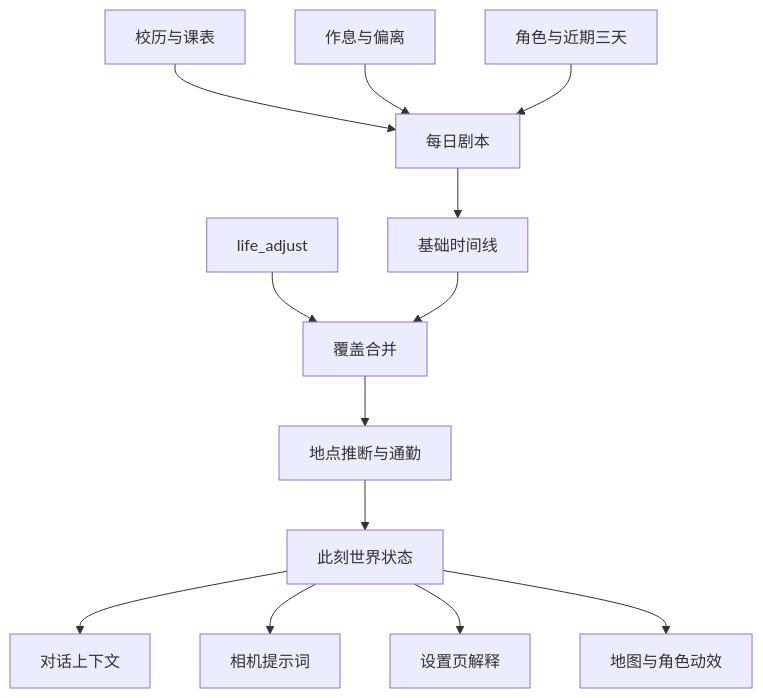
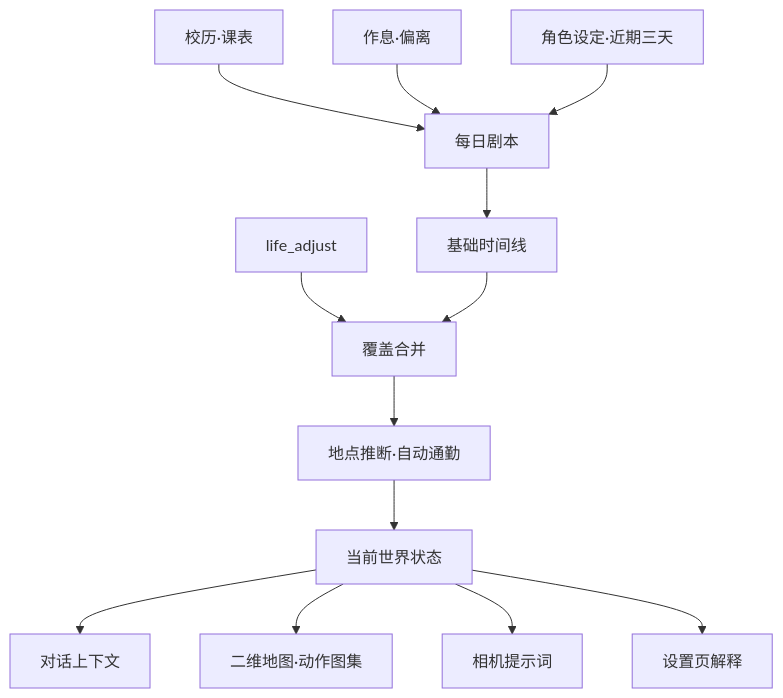
One commit to Vansnc/dsh-feiyu-life changed the diagram in docs/DESIGN.md. Above: the diagram before and after it, drawn with Mermaid. The commit also changed other lines of this file and 4 other files, not shown here.

````diff
--- a/docs/DESIGN.md
+++ b/docs/DESIGN.md
@@ -17,15 +19,15 @@
 ```mermaid
 flowchart TD
-  A[校历与课表] --> D[每日剧本]
-  B[作息与偏离] --> D
-  C[角色与近期三天] --> D
+  A[校历·课表] --> D[每日剧本]
+  B[作息·偏离] --> D
+  C[角色设定·近期三天] --> D
   D --> E[基础时间线]
   F[life_adjust] --> G[覆盖合并]
   E --> G
-  G --> L[地点推断与通勤]
-  L --> H[此刻世界状态]
-  H --> I[对话上下文]
-  H --> J[相机提示词]
-  H --> K[设置页解释]
-  H --> M[地图与角色动效]
+  G --> H[地点推断·自动通勤]
+  H --> I[当前世界状态]
+  I --> J[对话上下文]
+  I --> K[二维地图·动作图集]
+  I --> L[相机提示词]
+  I --> M[设置页解释]
 ```
````
